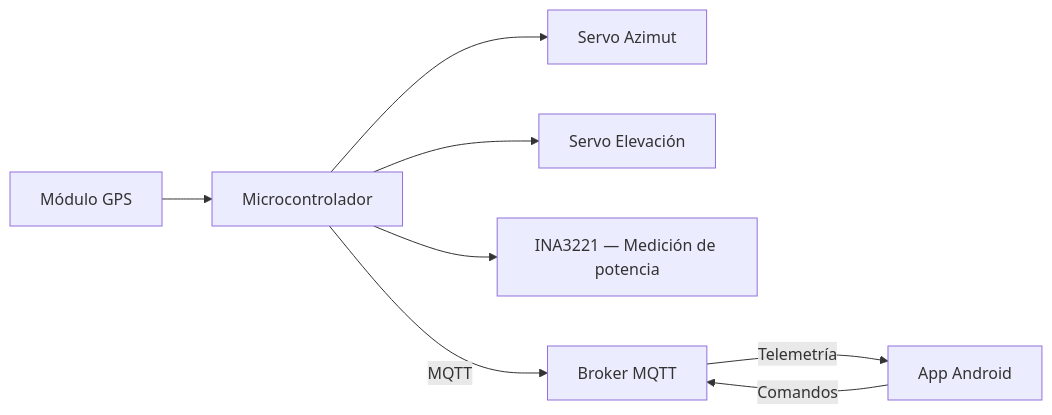
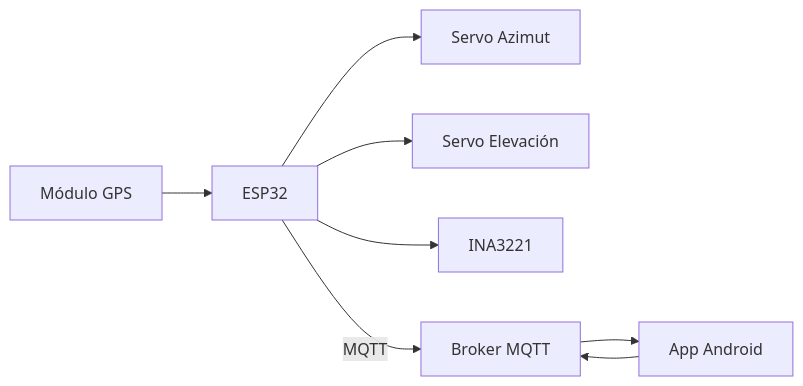
Before and after one commit to manramirezpi/SolarTracker: the diagram in README.md, drawn with Mermaid. The commit also changed other lines of this file, not shown here.

````diff
--- a/README.md
+++ b/README.md
@@ -28,10 +37,10 @@
 ```mermaid
 graph LR
-    GPS[Módulo GPS] --> MCU[Microcontrolador]
+    GPS[Módulo GPS] --> MCU[ESP32]
     MCU --> SERVO_AZ[Servo Azimut]
     MCU --> SERVO_EL[Servo Elevación]
-    MCU --> INA[INA3221 — Medición de potencia]
+    MCU --> INA[INA3221]
     MCU -- MQTT --> BROKER[Broker MQTT]
-    BROKER -- Telemetría --> APP[App Android]
-    APP -- Comandos --> BROKER
+    BROKER --> APP[App Android]
+    APP --> BROKER
 ```
````
